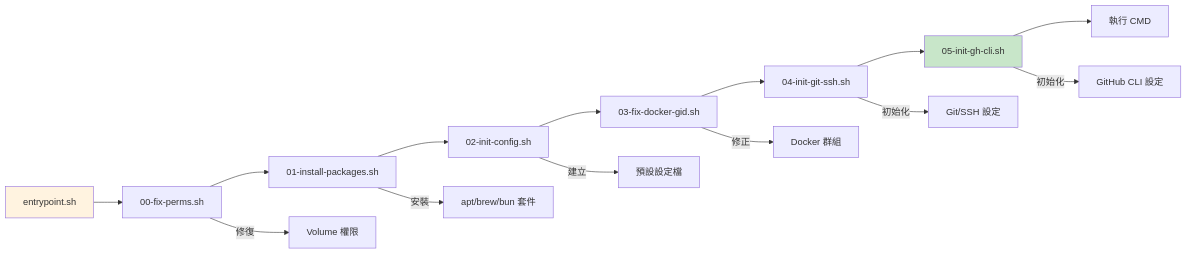
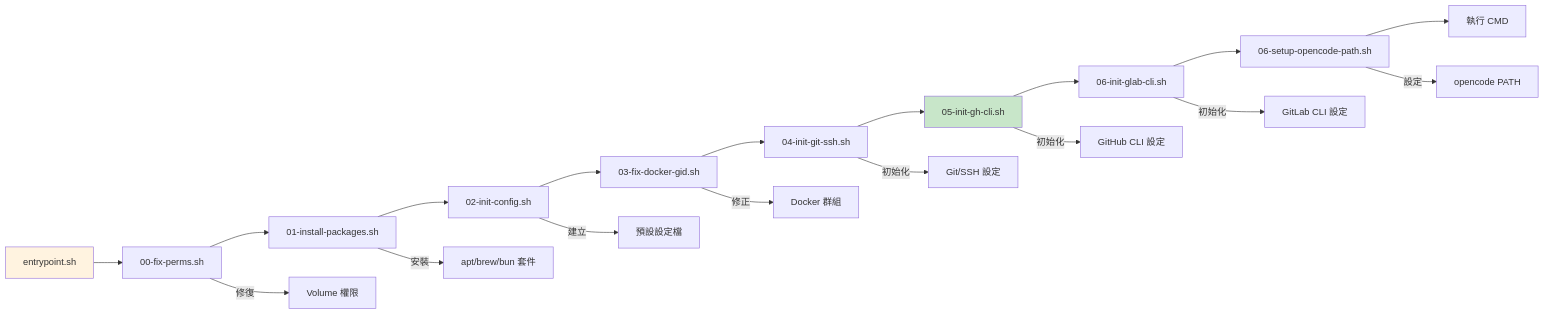
Before and after one commit to tryweb/ai-engkit: the ninth of 10 diagrams in docs/ARCHITECTURE.md, drawn with Mermaid. The commit also changed other lines of this file, not shown here.

First line of the commit message:
docs(architecture): add missing 06-* entrypoints and glab-config volume

````diff
--- a/docs/ARCHITECTURE.md
+++ b/docs/ARCHITECTURE.md
@@ -314,20 +323,24 @@
 ```mermaid
 flowchart LR
     A["entrypoint.sh"] --> B["00-fix-perms.sh"]
     B --> C["01-install-packages.sh"]
     C --> D["02-init-config.sh"]
     D --> E["03-fix-docker-gid.sh"]
     E --> F["04-init-git-ssh.sh"]
     F --> G["05-init-gh-cli.sh"]
-    G --> H["執行 CMD"]
-    
+    G --> GA["06-init-glab-cli.sh"]
+    GA --> GB["06-setup-opencode-path.sh"]
+    GB --> H["執行 CMD"]
+
     B -->|"修復"| PERMS["Volume 權限"]
     C -->|"安裝"| PKGS["apt/brew/bun 套件"]
     D -->|"建立"| CONFIGS["預設設定檔"]
     E -->|"修正"| DOCKER["Docker 群組"]
     F -->|"初始化"| GITSETUP["Git/SSH 設定"]
     G -->|"初始化"| GH_SETUP["GitHub CLI 設定"]
+    GA -->|"初始化"| GLAB_SETUP["GitLab CLI 設定"]
+    GB -->|"設定"| PATH_SETUP["opencode PATH"]
 
     style A fill:#fff3e0
     style G fill:#c8e6c9
 ```
````
